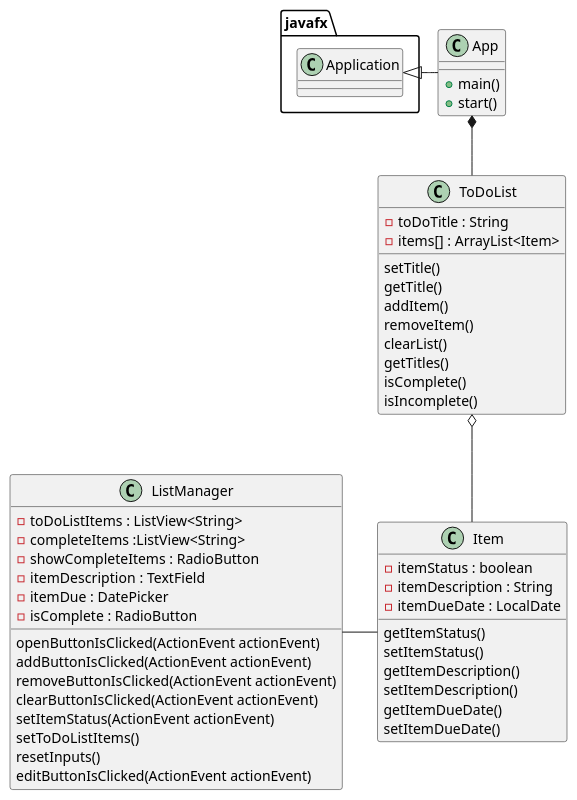
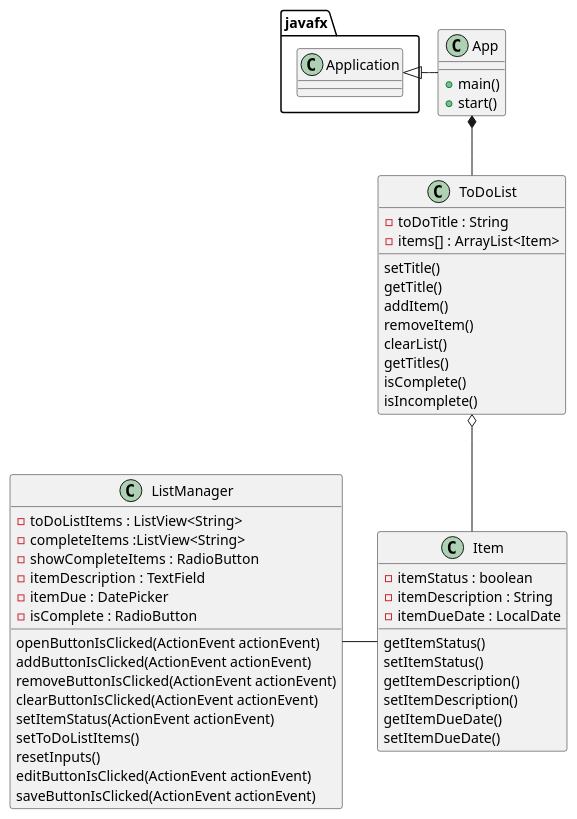
One commit to nick-vigg/Viggiani-COP3330-assignment4part2 changed the diagram in PUML/Assignment4.puml. Above: the diagram before and after it, drawn with PlantUML. The commit also changed 6 other files, not shown here.

```diff
--- a/PUML/Assignment4.puml
+++ b/PUML/Assignment4.puml
@@ -1,62 +1,63 @@
 @startuml
 'https://plantuml.com/class-diagram
 
 
 
 class App {
 + main()
 + start()
 }
 
 class ToDoList {
 - toDoTitle : String
 - items[] : ArrayList<Item>
 
 setTitle()
 getTitle()
 addItem()
 removeItem()
 clearList()
 getTitles()
 isComplete()
 isIncomplete()
 }
 
 class Item {
 - itemStatus : boolean
 - itemDescription : String
 - itemDueDate : LocalDate
 
 getItemStatus()
 setItemStatus()
 getItemDescription()
 setItemDescription()
 getItemDueDate()
 setItemDueDate()
 }
 
 class ListManager {
 - toDoListItems : ListView<String>
 - completeItems :ListView<String>
 - showCompleteItems : RadioButton
 - itemDescription : TextField
 - itemDue : DatePicker
 - isComplete : RadioButton
 
 openButtonIsClicked(ActionEvent actionEvent)
 addButtonIsClicked(ActionEvent actionEvent)
 removeButtonIsClicked(ActionEvent actionEvent)
 clearButtonIsClicked(ActionEvent actionEvent)
 setItemStatus(ActionEvent actionEvent)
 setToDoListItems()
 resetInputs()
 editButtonIsClicked(ActionEvent actionEvent)
+saveButtonIsClicked(ActionEvent actionEvent)
 }
 
 javafx.Application <|- App
 App *-- ToDoList
 ToDoList o-- Item
 ListManager - Item
 
 
 @enduml
```
